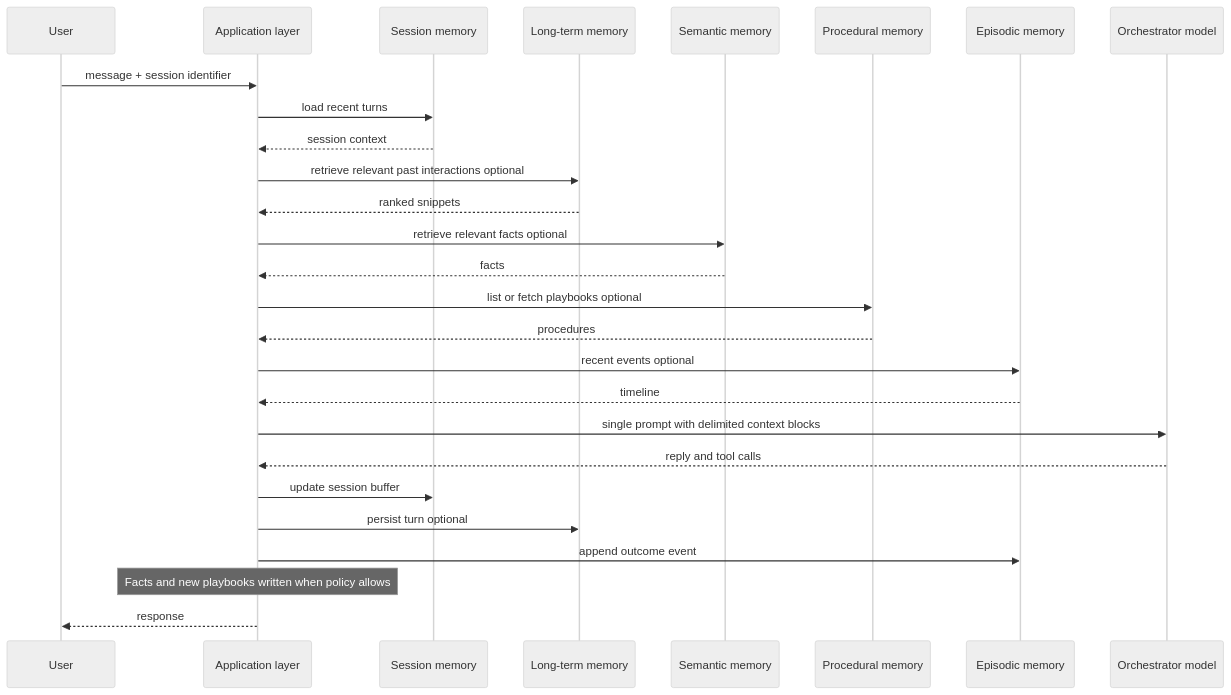
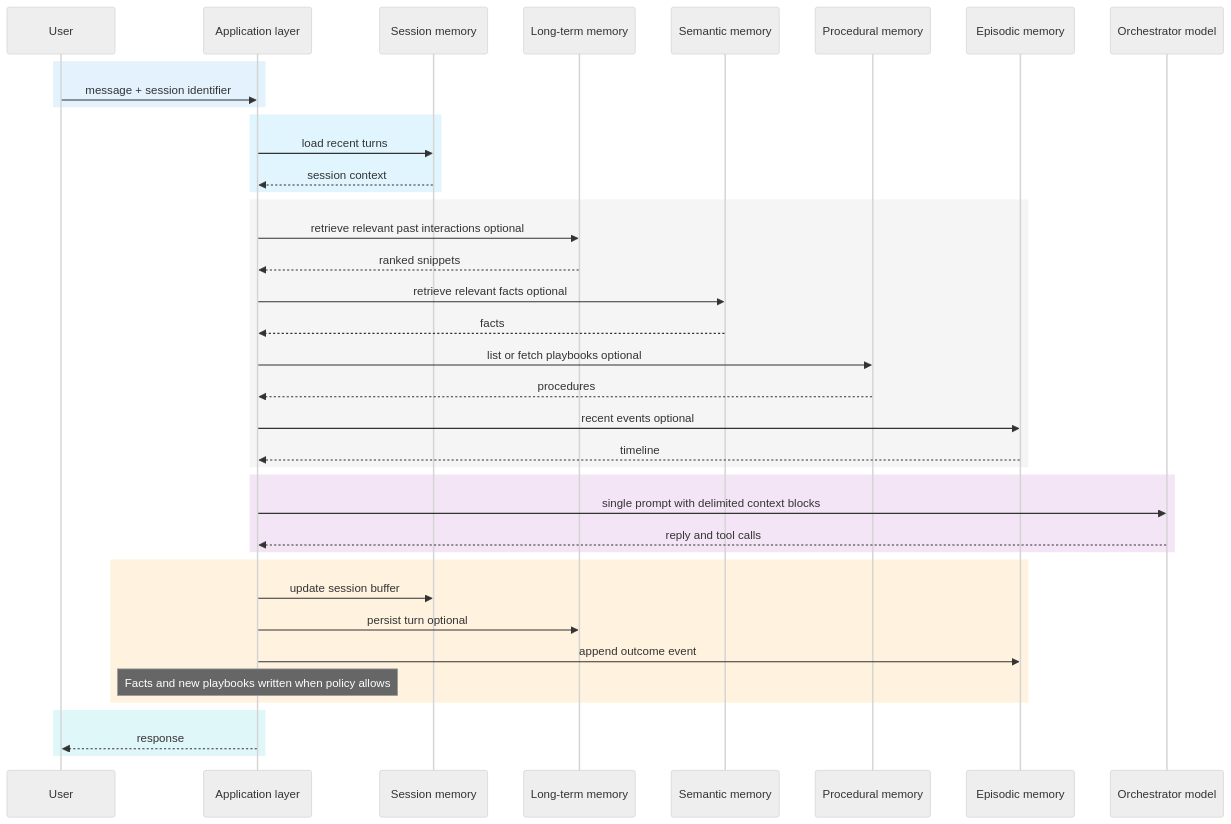
One commit to srirama4n/adk_long_term changed the fourth of 10 diagrams in docs/doc.md. Above: the diagram before and after it, drawn with Mermaid (neutral theme). The commit also changed other lines of this file, not shown here.

````diff
--- a/docs/doc.md
+++ b/docs/doc.md
@@ -168,39 +196,47 @@
 ```mermaid
 sequenceDiagram
     participant User
     participant Gateway as Application layer
     participant ST as Session memory
     participant LT as Long-term memory
     participant SM as Semantic memory
     participant PR as Procedural memory
     participant EP as Episodic memory
     participant Orch as Orchestrator model
 
-    User->>Gateway: message + session identifier
+    rect rgb(227, 242, 253)
+        User->>Gateway: message + session identifier
+    end
 
-    Gateway->>ST: load recent turns
-    ST-->>Gateway: session context
+    rect rgb(225, 245, 254)
+        Gateway->>ST: load recent turns
+        ST-->>Gateway: session context
+    end
 
-    Gateway->>LT: retrieve relevant past interactions optional
-    LT-->>Gateway: ranked snippets
+    rect rgb(245, 245, 245)
+        Gateway->>LT: retrieve relevant past interactions optional
+        LT-->>Gateway: ranked snippets
+        Gateway->>SM: retrieve relevant facts optional
+        SM-->>Gateway: facts
+        Gateway->>PR: list or fetch playbooks optional
+        PR-->>Gateway: procedures
+        Gateway->>EP: recent events optional
+        EP-->>Gateway: timeline
+    end
 
-    Gateway->>SM: retrieve relevant facts optional
-    SM-->>Gateway: facts
+    rect rgb(243, 229, 245)
+        Gateway->>Orch: single prompt with delimited context blocks
+        Orch-->>Gateway: reply and tool calls
+    end
 
-    Gateway->>PR: list or fetch playbooks optional
-    PR-->>Gateway: procedures
+    rect rgb(255, 243, 224)
+        Gateway->>ST: update session buffer
+        Gateway->>LT: persist turn optional
+        Gateway->>EP: append outcome event
+        Note over Gateway: Facts and new playbooks written when policy allows
+    end
 
-    Gateway->>EP: recent events optional
-    EP-->>Gateway: timeline
-
-    Gateway->>Orch: single prompt with delimited context blocks
-    Orch-->>Gateway: reply and tool calls
-
-    Gateway->>ST: update session buffer
-    Gateway->>LT: persist turn optional
-    Gateway->>EP: append outcome event
-
-    Note over Gateway: Facts and new playbooks written when policy allows
-
-    Gateway-->>User: response
+    rect rgb(224, 247, 250)
+        Gateway-->>User: response
+    end
 ```
````
